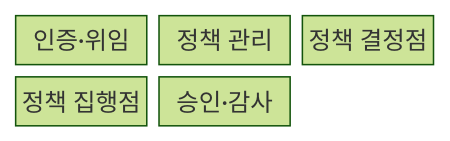
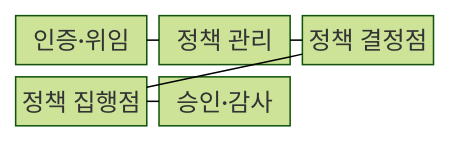
Before and after one commit to agnusdei1207/knowledge-base: the first of 2 diagrams in src/content/docs/notes/08-latest-tech/017_agent_authorization_control.md, drawn with Mermaid (forest theme). The commit also changed other lines of this file and 228 other files, not shown here.

````diff
--- a/src/content/docs/notes/08-latest-tech/017_agent_authorization_control.md
+++ b/src/content/docs/notes/08-latest-tech/017_agent_authorization_control.md
@@ -52,9 +52,13 @@
 ```mermaid
 block-beta
     columns 3
     I["인증·위임"]
     P["정책 관리"]
     D["정책 결정점"]
     E["정책 집행점"]
     A["승인·감사"]
+    I --- P
+    P --- D
+    D --- E
+    E --- A
 ```
````
